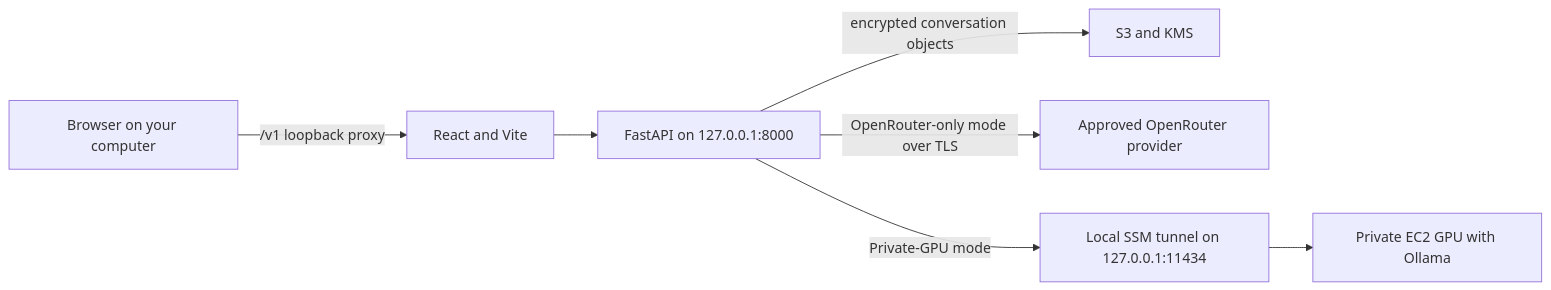
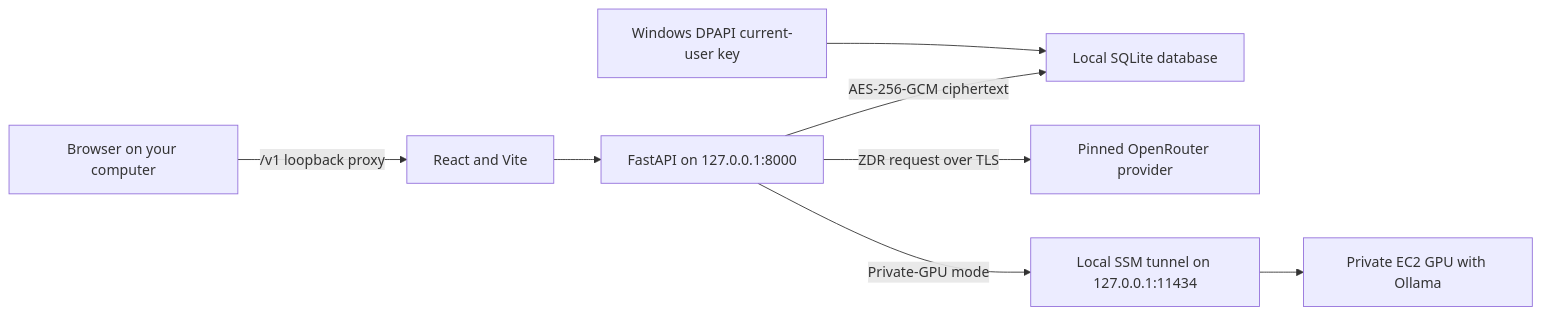
Before and after one commit to butlerwill1/private-llm-chat: the first of 2 diagrams in README.md, drawn with Mermaid. The commit also changed other lines of this file and 39 other files, not shown here.

Commit message:
Add local OpenRouter chat usage reporting

````diff
--- a/README.md
+++ b/README.md
@@ -38,9 +38,10 @@
 ```mermaid
 flowchart LR
     Browser["Browser on your computer"] -->|"/v1 loopback proxy"| Vite["React and Vite"]
     Vite --> API["FastAPI on 127.0.0.1:8000"]
-    API -->|"encrypted conversation objects"| Storage["S3 and KMS"]
-    API -->|"OpenRouter-only mode over TLS"| OpenRouter["Approved OpenRouter provider"]
+    API -->|"AES-256-GCM ciphertext"| Storage["Local SQLite database"]
+    Key["Windows DPAPI current-user key"] --> Storage
+    API -->|"ZDR request over TLS"| OpenRouter["Pinned OpenRouter provider"]
     API -->|"Private-GPU mode"| Tunnel["Local SSM tunnel on 127.0.0.1:11434"]
     Tunnel --> GPU["Private EC2 GPU with Ollama"]
 ```
````
